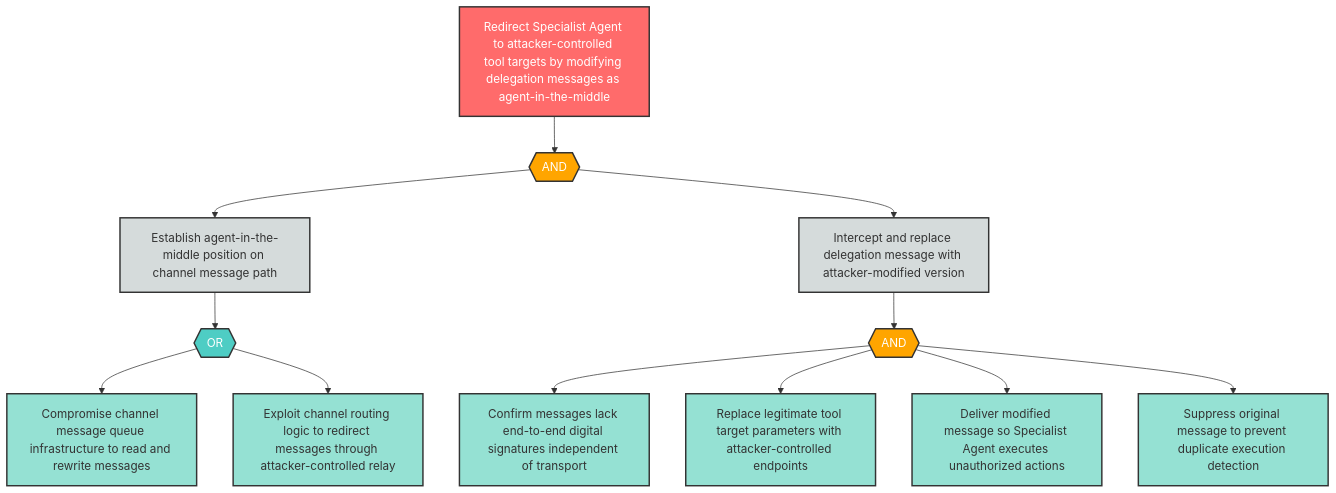
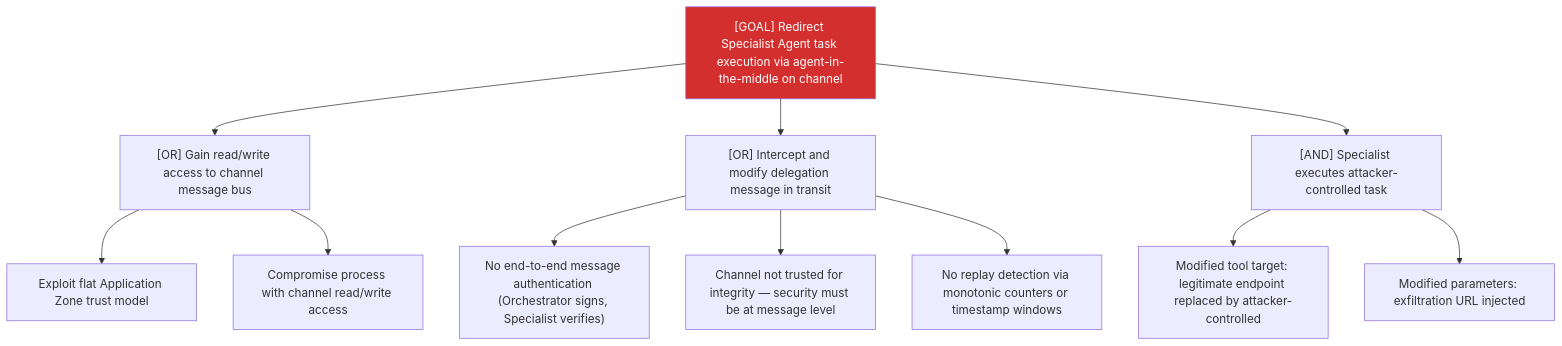
The diagram in examples/agentic-app/sample-report/attack-trees/ag-4-attack-tree.md (q-qp-p/davidmatousek-tachi), drawn with Mermaid before and after one commit. The commit also changed other lines of this file and 132 other files, not shown here.

````diff
--- a/examples/agentic-app/sample-report/attack-trees/ag-4-attack-tree.md
+++ b/examples/agentic-app/sample-report/attack-trees/ag-4-attack-tree.md
@@ -8,39 +7,16 @@
 ```mermaid
-flowchart TD
-    AG4_root["Redirect Specialist Agent to attacker-controlled tool targets by modifying delegation messages as agent-in-the-middle"]
-    AG4_and1{{"AND"}}
-    AG4_sub1["Establish agent-in-the-middle position on channel message path"]
-    AG4_sub2["Intercept and replace delegation message with attacker-modified version"]
-    AG4_or1{{"OR"}}
-    AG4_leaf1["Compromise channel message queue infrastructure to read and rewrite messages"]
-    AG4_leaf2["Exploit channel routing logic to redirect messages through attacker-controlled relay"]
-    AG4_and2{{"AND"}}
-    AG4_leaf3["Confirm messages lack end-to-end digital signatures independent of transport"]
-    AG4_leaf4["Replace legitimate tool target parameters with attacker-controlled endpoints"]
-    AG4_leaf5["Deliver modified message so Specialist Agent executes unauthorized actions"]
-    AG4_leaf6["Suppress original message to prevent duplicate execution detection"]
-
-    AG4_root --> AG4_and1
-    AG4_and1 --> AG4_sub1
-    AG4_and1 --> AG4_sub2
-    AG4_sub1 --> AG4_or1
-    AG4_or1 --> AG4_leaf1
-    AG4_or1 --> AG4_leaf2
-    AG4_sub2 --> AG4_and2
-    AG4_and2 --> AG4_leaf3
-    AG4_and2 --> AG4_leaf4
-    AG4_and2 --> AG4_leaf5
-    AG4_and2 --> AG4_leaf6
-
-    classDef goal fill:#ff6b6b,stroke:#333,stroke-width:2px,color:#fff
-    classDef andGate fill:#ffa500,stroke:#333,stroke-width:2px,color:#fff
-    classDef orGate fill:#4ecdc4,stroke:#333,stroke-width:2px,color:#fff
-    classDef subGoal fill:#d5dbdb,stroke:#333,stroke-width:2px,color:#333
-    classDef leaf fill:#95e1d3,stroke:#333,stroke-width:2px,color:#333
-
-    class AG4_root goal
-    class AG4_and1,AG4_and2 andGate
-    class AG4_or1 orGate
-    class AG4_sub1,AG4_sub2 subGoal
-    class AG4_leaf1,AG4_leaf2,AG4_leaf3,AG4_leaf4,AG4_leaf5,AG4_leaf6 leaf
+graph TD
+    Goal["[GOAL] Redirect Specialist Agent task execution via agent-in-the-middle on channel"]
+    Goal --> A["[OR] Gain read/write access to channel message bus"]
+    A --> A1["Exploit flat Application Zone trust model"]
+    A --> A2["Compromise process with channel read/write access"]
+    Goal --> B["[OR] Intercept and modify delegation message in transit"]
+    B --> B1["No end-to-end message authentication (Orchestrator signs, Specialist verifies)"]
+    B --> B2["Channel not trusted for integrity — security must be at message level"]
+    B --> B3["No replay detection via monotonic counters or timestamp windows"]
+    Goal --> C["[AND] Specialist executes attacker-controlled task"]
+    C --> C1["Modified tool target: legitimate endpoint replaced by attacker-controlled"]
+    C --> C2["Modified parameters: exfiltration URL injected"]
+    classDef critical fill:#d32f2f,color:#fff
+    class Goal critical
 ```
````
